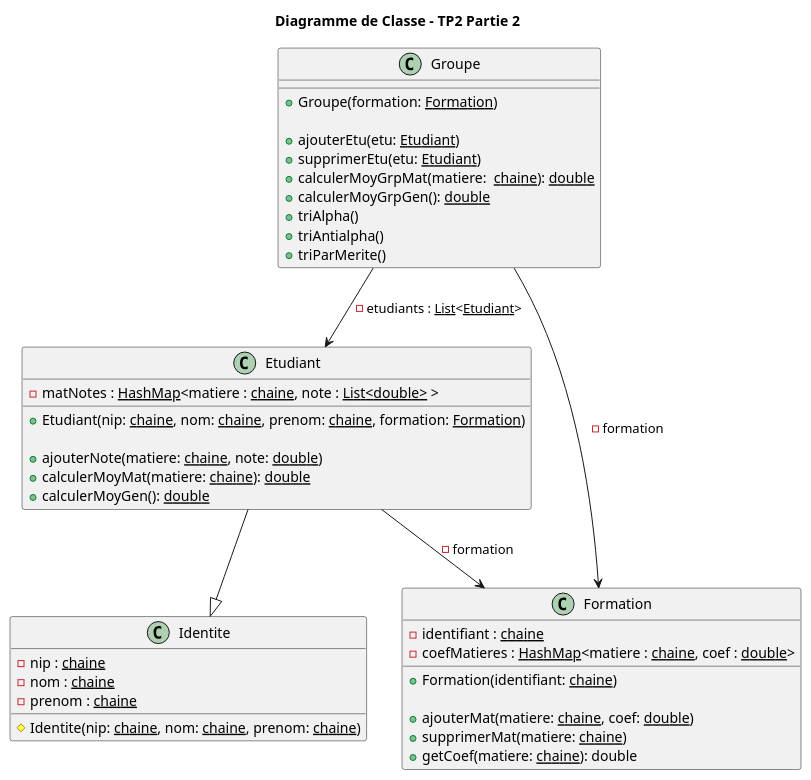
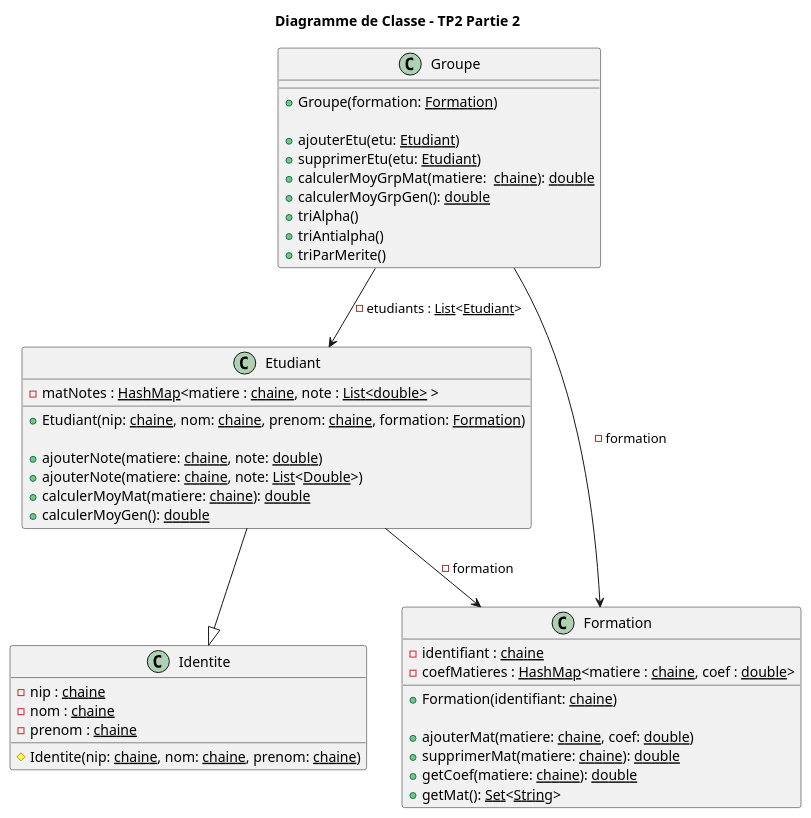
One commit to Stephane-Lpt/COO changed the diagram in uml/UML_Classe.puml. Above: the diagram before and after it, drawn with PlantUML. The commit also changed 2 other files, not shown here.

```diff
--- a/uml/UML_Classe.puml
+++ b/uml/UML_Classe.puml
@@ -2,49 +2,51 @@
 @startuml
 
 title Diagramme de Classe - TP2 Partie 2
 
 class Etudiant{
     - matNotes : <u>HashMap</u><matiere : <u>chaine</u>, note : <u>List<double></u> >
 
     + Etudiant(nip: <u>chaine</u>, nom: <u>chaine</u>, prenom: <u>chaine</u>, formation: <u>Formation</u>)
 
     + ajouterNote(matiere: <u>chaine</u>, note: <u>double</u>)
+    + ajouterNote(matiere: <u>chaine</u>, note: <u>List</u><<u>Double</u>>)
     + calculerMoyMat(matiere: <u>chaine</u>): <u>double</u>
     + calculerMoyGen(): <u>double</u>
 }
 Etudiant --|> Identite
 Etudiant --> Formation: - formation
 
 class Identite{
     - nip : <u>chaine</u>
     - nom : <u>chaine</u>
     - prenom : <u>chaine</u>
 
     # Identite(nip: <u>chaine</u>, nom: <u>chaine</u>, prenom: <u>chaine</u>)
 }
 
 class Formation{
     - identifiant : <u>chaine</u>
     - coefMatieres : <u>HashMap</u><matiere : <u>chaine</u>, coef : <u>double</u>>
 
     + Formation(identifiant: <u>chaine</u>)
 
     + ajouterMat(matiere: <u>chaine</u>, coef: <u>double</u>)
-    + supprimerMat(matiere: <u>chaine</u>)
-    + getCoef(matiere: <u>chaine</u>): double
+    + supprimerMat(matiere: <u>chaine</u>): <u>double</u>
+    + getCoef(matiere: <u>chaine</u>): <u>double</u>
+    + getMat(): <u>Set</u><<u>String</u>>
 }
 
 class Groupe{
     + Groupe(formation: <u>Formation</u>)
 
     + ajouterEtu(etu: <u>Etudiant</u>)
     + supprimerEtu(etu: <u>Etudiant</u>)
     + calculerMoyGrpMat(matiere:  <u>chaine</u>): <u>double</u>
     + calculerMoyGrpGen(): <u>double</u>
     + triAlpha()
     + triAntialpha()
     + triParMerite()
 }
 Groupe --> Formation: - formation
 Groupe --> Etudiant: - etudiants : <u>List</u><<u>Etudiant</u>>
 @enduml
```
